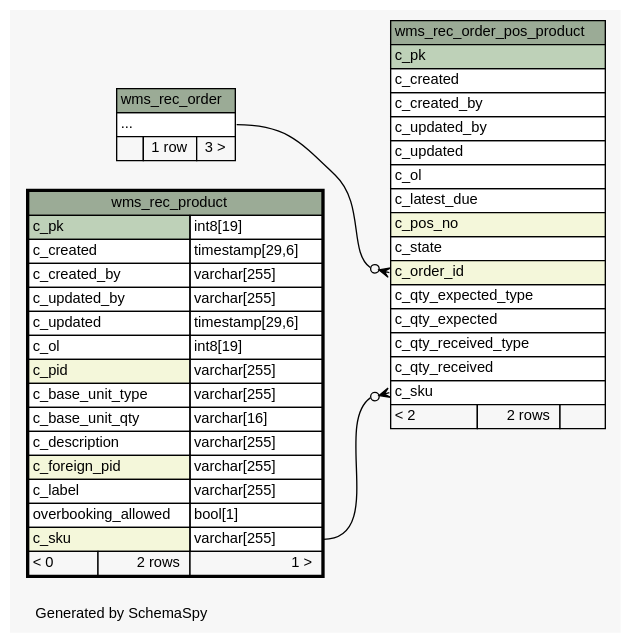
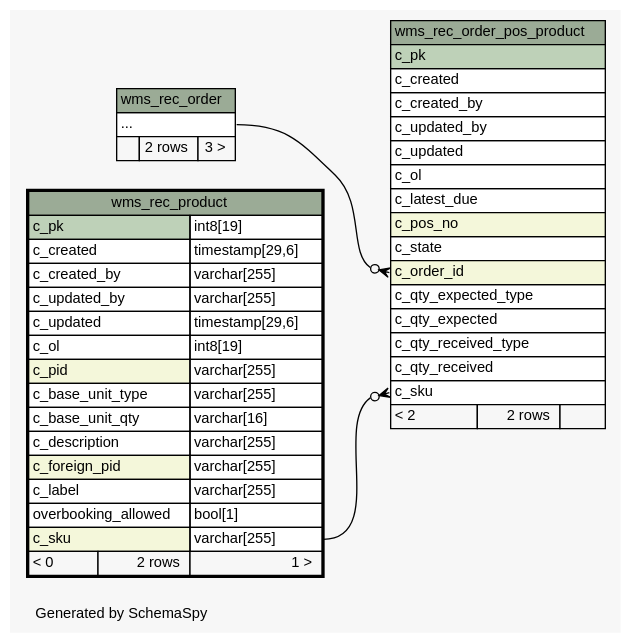
One commit to openwms/org.openwms.wms.receiving.lib changed the diagram in 1.0.0-SNAPSHOT/schemaspy/diagrams/wms_rec_product.2degrees.dot. Above: the diagram before and after it, drawn with Graphviz. The commit also changed 426 other files, not shown here.

```diff
--- a/1.0.0-SNAPSHOT/schemaspy/diagrams/wms_rec_product.2degrees.dot
+++ b/1.0.0-SNAPSHOT/schemaspy/diagrams/wms_rec_product.2degrees.dot
@@ -1,81 +1,81 @@
-// dot 2.43.0 on Linux 5.15.0-1031-azure
+// dot 2.43.0 on Linux 5.15.0-1033-azure
 // SchemaSpy rev Unknown
 digraph "twoDegreesRelationshipsDiagram" {
   graph [
     rankdir="RL"
     bgcolor="#f7f7f7"
     label="\nGenerated by SchemaSpy"
     labeljust="l"
     nodesep="0.18"
     ranksep="0.46"
     fontname="Helvetica"
     fontsize="11"
   ];
   node [
     fontname="Helvetica"
     fontsize="11"
     shape="plaintext"
   ];
   edge [
     arrowsize="0.8"
   ];
   "wms_rec_order_pos_product":"c_order_id":w -> "wms_rec_order":"elipses":e [arrowhead=none dir=back arrowtail=crowodot];
   "wms_rec_order_pos_product":"c_sku":w -> "wms_rec_product":"c_sku.type":e [arrowhead=none dir=back arrowtail=crowodot];
   "wms_rec_order" [
     label=<
     <TABLE BORDER="0" CELLBORDER="1" CELLSPACING="0" BGCOLOR="#ffffff">
       <TR><TD COLSPAN="3" BGCOLOR="#9bab96" ALIGN="CENTER">wms_rec_order</TD></TR>
       <TR><TD PORT="elipses" COLSPAN="3" ALIGN="LEFT">...</TD></TR>
-      <TR><TD ALIGN="LEFT" BGCOLOR="#f7f7f7">  </TD><TD ALIGN="RIGHT" BGCOLOR="#f7f7f7">1 row</TD><TD ALIGN="RIGHT" BGCOLOR="#f7f7f7">3 &gt;</TD></TR>
+      <TR><TD ALIGN="LEFT" BGCOLOR="#f7f7f7">  </TD><TD ALIGN="RIGHT" BGCOLOR="#f7f7f7">2 rows</TD><TD ALIGN="RIGHT" BGCOLOR="#f7f7f7">3 &gt;</TD></TR>
     </TABLE>>
     URL="wms_rec_order.html"
     tooltip="wms_rec_order"
   ];
   "wms_rec_order_pos_product" [
     label=<
     <TABLE BORDER="0" CELLBORDER="1" CELLSPACING="0" BGCOLOR="#ffffff">
       <TR><TD COLSPAN="3" BGCOLOR="#9bab96" ALIGN="CENTER">wms_rec_order_pos_product</TD></TR>
       <TR><TD PORT="c_pk" COLSPAN="3" BGCOLOR="#bed1b8" ALIGN="LEFT">c_pk</TD></TR>
       <TR><TD PORT="c_created" COLSPAN="3" ALIGN="LEFT">c_created</TD></TR>
       <TR><TD PORT="c_created_by" COLSPAN="3" ALIGN="LEFT">c_created_by</TD></TR>
       <TR><TD PORT="c_updated_by" COLSPAN="3" ALIGN="LEFT">c_updated_by</TD></TR>
       <TR><TD PORT="c_updated" COLSPAN="3" ALIGN="LEFT">c_updated</TD></TR>
       <TR><TD PORT="c_ol" COLSPAN="3" ALIGN="LEFT">c_ol</TD></TR>
       <TR><TD PORT="c_latest_due" COLSPAN="3" ALIGN="LEFT">c_latest_due</TD></TR>
       <TR><TD PORT="c_pos_no" COLSPAN="3" BGCOLOR="#f4f7da" ALIGN="LEFT">c_pos_no</TD></TR>
       <TR><TD PORT="c_state" COLSPAN="3" ALIGN="LEFT">c_state</TD></TR>
       <TR><TD PORT="c_order_id" COLSPAN="3" BGCOLOR="#f4f7da" ALIGN="LEFT">c_order_id</TD></TR>
       <TR><TD PORT="c_qty_expected_type" COLSPAN="3" ALIGN="LEFT">c_qty_expected_type</TD></TR>
       <TR><TD PORT="c_qty_expected" COLSPAN="3" ALIGN="LEFT">c_qty_expected</TD></TR>
       <TR><TD PORT="c_qty_received_type" COLSPAN="3" ALIGN="LEFT">c_qty_received_type</TD></TR>
       <TR><TD PORT="c_qty_received" COLSPAN="3" ALIGN="LEFT">c_qty_received</TD></TR>
       <TR><TD PORT="c_sku" COLSPAN="3" ALIGN="LEFT">c_sku</TD></TR>
       <TR><TD ALIGN="LEFT" BGCOLOR="#f7f7f7">&lt; 2</TD><TD ALIGN="RIGHT" BGCOLOR="#f7f7f7">2 rows</TD><TD ALIGN="RIGHT" BGCOLOR="#f7f7f7">  </TD></TR>
     </TABLE>>
     URL="wms_rec_order_pos_product.html"
     tooltip="wms_rec_order_pos_product"
   ];
   "wms_rec_product" [
     label=<
     <TABLE BORDER="2" CELLBORDER="1" CELLSPACING="0" BGCOLOR="#ffffff">
       <TR><TD COLSPAN="3" BGCOLOR="#9bab96" ALIGN="CENTER">wms_rec_product</TD></TR>
       <TR><TD PORT="c_pk" COLSPAN="2" BGCOLOR="#bed1b8" ALIGN="LEFT">c_pk</TD><TD PORT="c_pk.type" ALIGN="LEFT">int8[19]</TD></TR>
       <TR><TD PORT="c_created" COLSPAN="2" ALIGN="LEFT">c_created</TD><TD PORT="c_created.type" ALIGN="LEFT">timestamp[29,6]</TD></TR>
       <TR><TD PORT="c_created_by" COLSPAN="2" ALIGN="LEFT">c_created_by</TD><TD PORT="c_created_by.type" ALIGN="LEFT">varchar[255]</TD></TR>
       <TR><TD PORT="c_updated_by" COLSPAN="2" ALIGN="LEFT">c_updated_by</TD><TD PORT="c_updated_by.type" ALIGN="LEFT">varchar[255]</TD></TR>
       <TR><TD PORT="c_updated" COLSPAN="2" ALIGN="LEFT">c_updated</TD><TD PORT="c_updated.type" ALIGN="LEFT">timestamp[29,6]</TD></TR>
       <TR><TD PORT="c_ol" COLSPAN="2" ALIGN="LEFT">c_ol</TD><TD PORT="c_ol.type" ALIGN="LEFT">int8[19]</TD></TR>
       <TR><TD PORT="c_pid" COLSPAN="2" BGCOLOR="#f4f7da" ALIGN="LEFT">c_pid</TD><TD PORT="c_pid.type" ALIGN="LEFT">varchar[255]</TD></TR>
       <TR><TD PORT="c_base_unit_type" COLSPAN="2" ALIGN="LEFT">c_base_unit_type</TD><TD PORT="c_base_unit_type.type" ALIGN="LEFT">varchar[255]</TD></TR>
       <TR><TD PORT="c_base_unit_qty" COLSPAN="2" ALIGN="LEFT">c_base_unit_qty</TD><TD PORT="c_base_unit_qty.type" ALIGN="LEFT">varchar[16]</TD></TR>
       <TR><TD PORT="c_description" COLSPAN="2" ALIGN="LEFT">c_description</TD><TD PORT="c_description.type" ALIGN="LEFT">varchar[255]</TD></TR>
       <TR><TD PORT="c_foreign_pid" COLSPAN="2" BGCOLOR="#f4f7da" ALIGN="LEFT">c_foreign_pid</TD><TD PORT="c_foreign_pid.type" ALIGN="LEFT">varchar[255]</TD></TR>
       <TR><TD PORT="c_label" COLSPAN="2" ALIGN="LEFT">c_label</TD><TD PORT="c_label.type" ALIGN="LEFT">varchar[255]</TD></TR>
       <TR><TD PORT="overbooking_allowed" COLSPAN="2" ALIGN="LEFT">overbooking_allowed</TD><TD PORT="overbooking_allowed.type" ALIGN="LEFT">bool[1]</TD></TR>
       <TR><TD PORT="c_sku" COLSPAN="2" BGCOLOR="#f4f7da" ALIGN="LEFT">c_sku</TD><TD PORT="c_sku.type" ALIGN="LEFT">varchar[255]</TD></TR>
       <TR><TD ALIGN="LEFT" BGCOLOR="#f7f7f7">&lt; 0</TD><TD ALIGN="RIGHT" BGCOLOR="#f7f7f7">2 rows</TD><TD ALIGN="RIGHT" BGCOLOR="#f7f7f7">1 &gt;</TD></TR>
     </TABLE>>
     URL="wms_rec_product.html"
     tooltip="wms_rec_product"
   ];
 }
```
